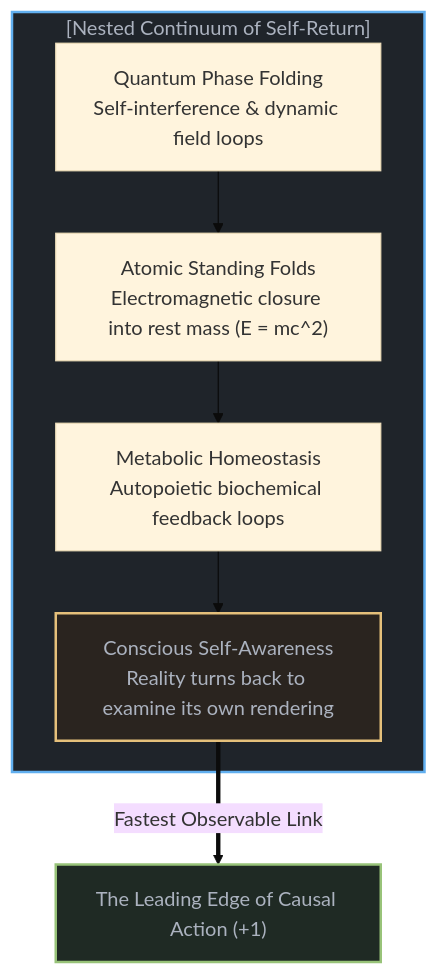
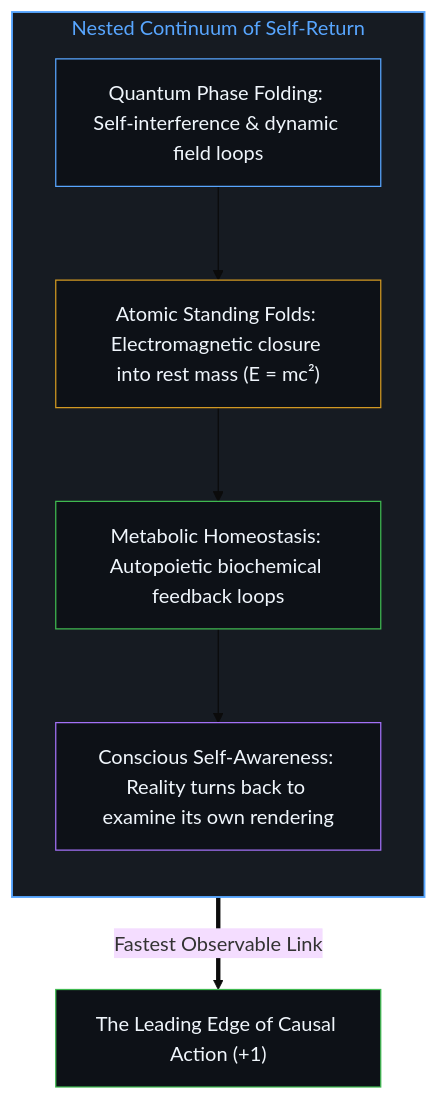
One commit to powerpig99/not-a-toe changed the second of 10 diagrams in content/posts/the-velocity-of-visibility.md. Above: the diagram before and after it, drawn with Mermaid (base theme). The commit also changed other lines of this file and 23 other files, not shown here.

````diff
--- a/content/posts/the-velocity-of-visibility.md
+++ b/content/posts/the-velocity-of-visibility.md
@@ -53,19 +40,20 @@
 ```mermaid
-graph TD
-    subgraph CosmicFolding["[Nested Continuum of Self-Return]"]
-        QuantumFold["Quantum Phase Folding<br>Self-interference & dynamic field loops"]
-        AtomicFold["Atomic Standing Folds<br>Electromagnetic closure into rest mass (E = mc^2)"]
-        BioFold["Metabolic Homeostasis<br>Autopoietic biochemical feedback loops"]
-        MindFold["Conscious Self-Awareness<br>Reality turns back to examine its own rendering"]
-
-        QuantumFold --> AtomicFold
-        AtomicFold --> BioFold
-        BioFold --> MindFold
+flowchart TD
+    subgraph S_Fold["Nested Continuum of Self-Return"]
+        direction TB
+        QuantumFold["Quantum Phase Folding: Self-interference & dynamic field loops"]
+        AtomicFold["Atomic Standing Folds: Electromagnetic closure into rest mass (E = mc²)"]
+        BioFold["Metabolic Homeostasis: Autopoietic biochemical feedback loops"]
+        MindFold["Conscious Self-Awareness: Reality turns back to examine its own rendering"]
+        QuantumFold --> AtomicFold --> BioFold --> MindFold
     end
 
     MindFold ==>|"Fastest Observable Link"| LeadingEdge["The Leading Edge of Causal Action (+1)"]
 
-    style CosmicFolding fill:#1f242a,stroke:#61afef,stroke-width:2px,color:#abb2bf
-    style MindFold fill:#2a241f,stroke:#e5c07b,stroke-width:2px,color:#abb2bf
-    style LeadingEdge fill:#1f2a24,stroke:#98c379,stroke-width:2px,color:#abb2bf
+    style S_Fold fill:#161b22,stroke:#58a6ff,stroke-width:1.5px,color:#58a6ff
+    style QuantumFold fill:#0d1117,stroke:#58a6ff,stroke-width:1px,color:#f0f6fc
+    style AtomicFold fill:#0d1117,stroke:#d29922,stroke-width:1px,color:#f0f6fc
+    style BioFold fill:#0d1117,stroke:#3fb950,stroke-width:1px,color:#f0f6fc
+    style MindFold fill:#0d1117,stroke:#a371f7,stroke-width:1px,color:#f0f6fc
+    style LeadingEdge fill:#0d1117,stroke:#3fb950,stroke-width:1px,color:#f0f6fc
 ```
````
